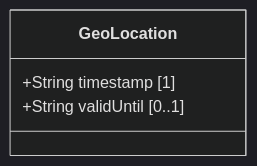
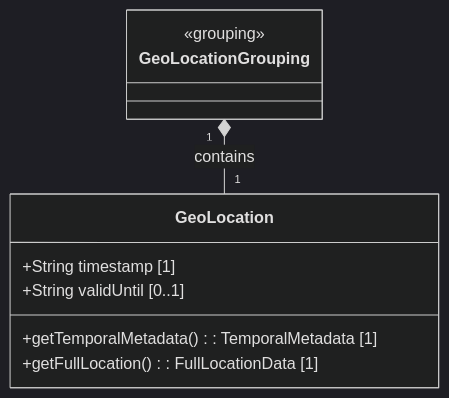
One commit to gintatkinson/dep-tst40 changed the diagram in docs/features/feat-06-temporal-metadata.md. Above: the diagram before and after it, drawn with Mermaid (dark theme). The commit also changed 6 other files, not shown here.

First line of the commit message:
docs: fix remaining UML compliance — epic sections, isolated classes, service classifiers, alternate flows

````diff
--- a/docs/features/feat-06-temporal-metadata.md
+++ b/docs/features/feat-06-temporal-metadata.md
@@ -19,7 +19,13 @@
 ```mermaid
 classDiagram
     class GeoLocation {
         +String timestamp [1]
         +String validUntil [0..1]
+        +getTemporalMetadata() : TemporalMetadata [1]
+        +getFullLocation() : FullLocationData [1]
     }
+    class GeoLocationGrouping {
+        <<grouping>>
+    }
+    GeoLocationGrouping "1" *-- "1" GeoLocation : contains
 ```
````
